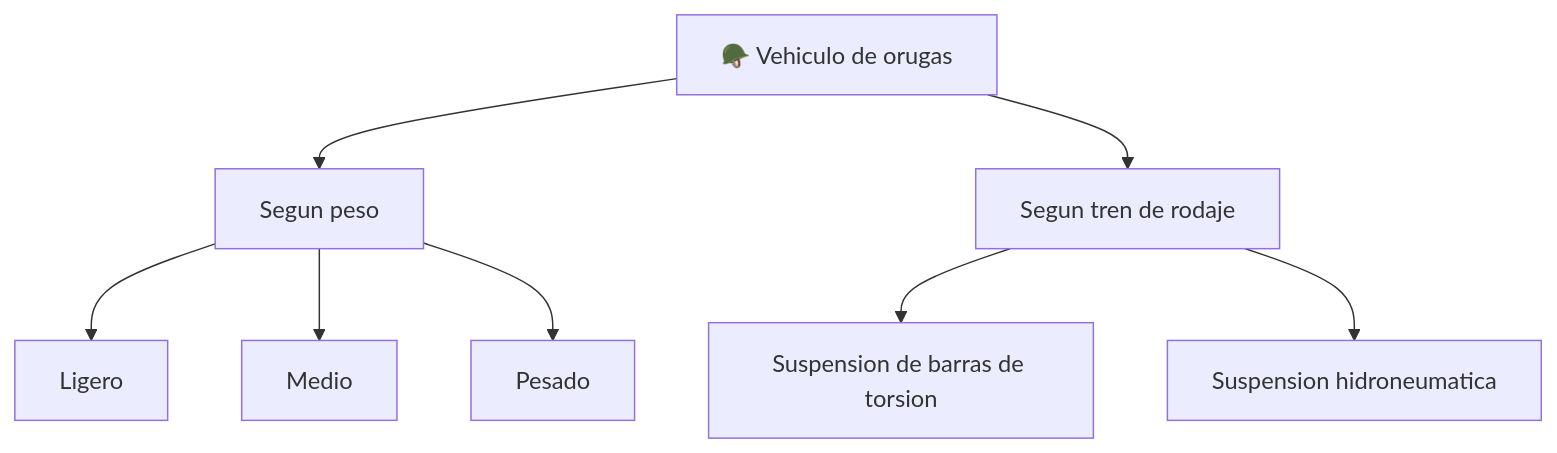
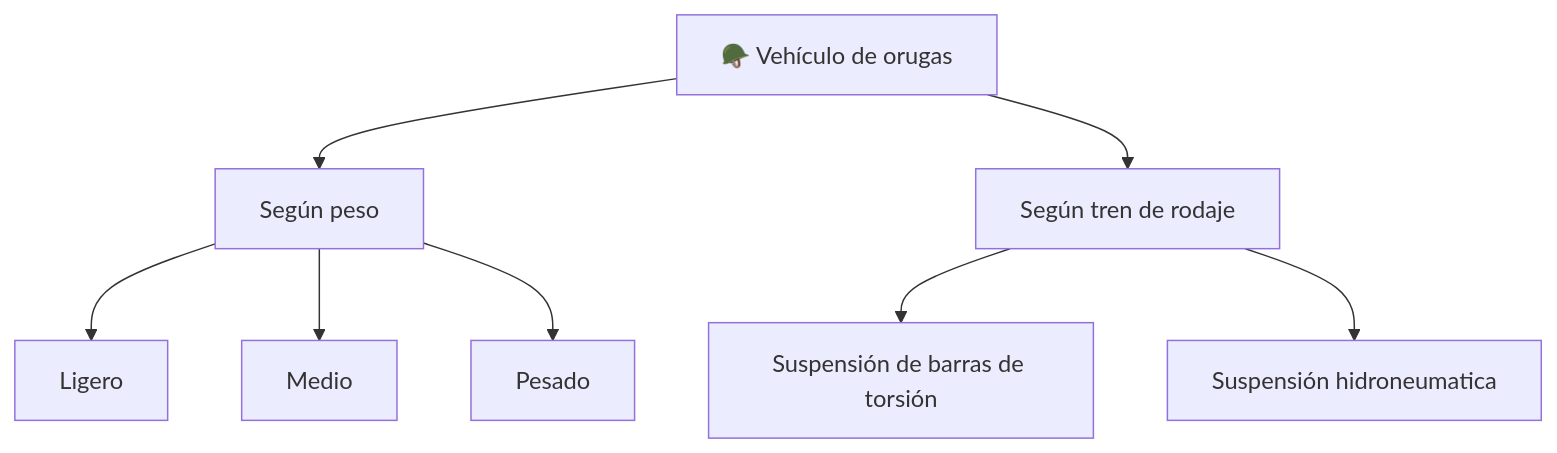
One commit to vladimiracunadev-create/machine-operator-program changed the diagram in vehiculos/tanques/operacion/caracteristicas-tanque.md. Above: the diagram before and after it, drawn with Mermaid. The commit also changed other lines of this file and 442 other files, not shown here.

````diff
--- a/vehiculos/tanques/operacion/caracteristicas-tanque.md
+++ b/vehiculos/tanques/operacion/caracteristicas-tanque.md
@@ -35,10 +35,10 @@
 ```mermaid
 flowchart TD
-    Veh[🪖 Vehiculo de orugas] --> Peso[Segun peso]
-    Veh --> Rodaje[Segun tren de rodaje]
+    Veh[🪖 Vehículo de orugas] --> Peso[Según peso]
+    Veh --> Rodaje[Según tren de rodaje]
     Peso --> Ligero[Ligero]
     Peso --> Medio[Medio]
     Peso --> Pesado[Pesado]
-    Rodaje --> Torsion[Suspension de barras de torsion]
-    Rodaje --> Hidro[Suspension hidroneumatica]
+    Rodaje --> Torsion[Suspensión de barras de torsión]
+    Rodaje --> Hidro[Suspensión hidroneumatica]
 ```
````
